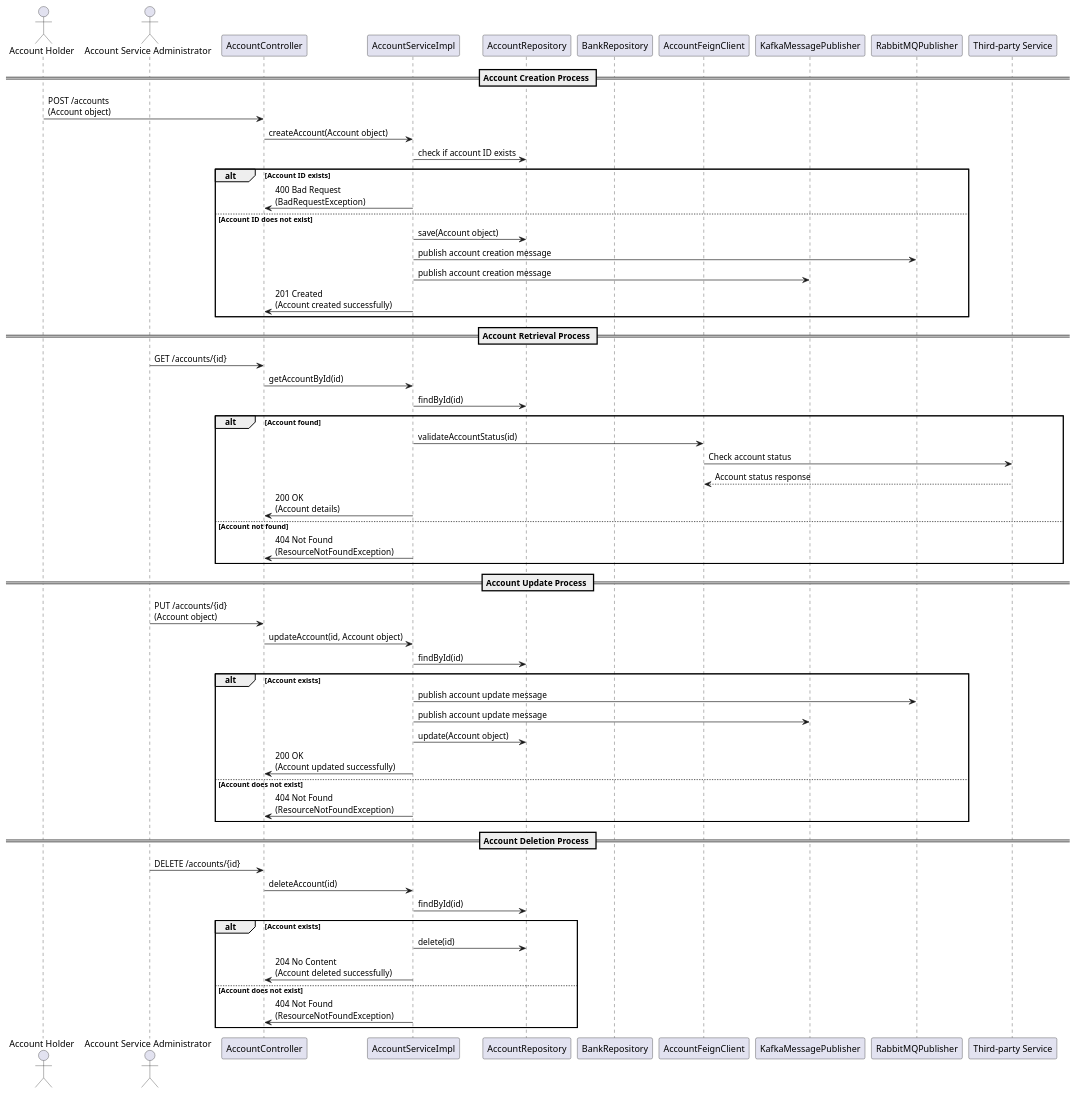
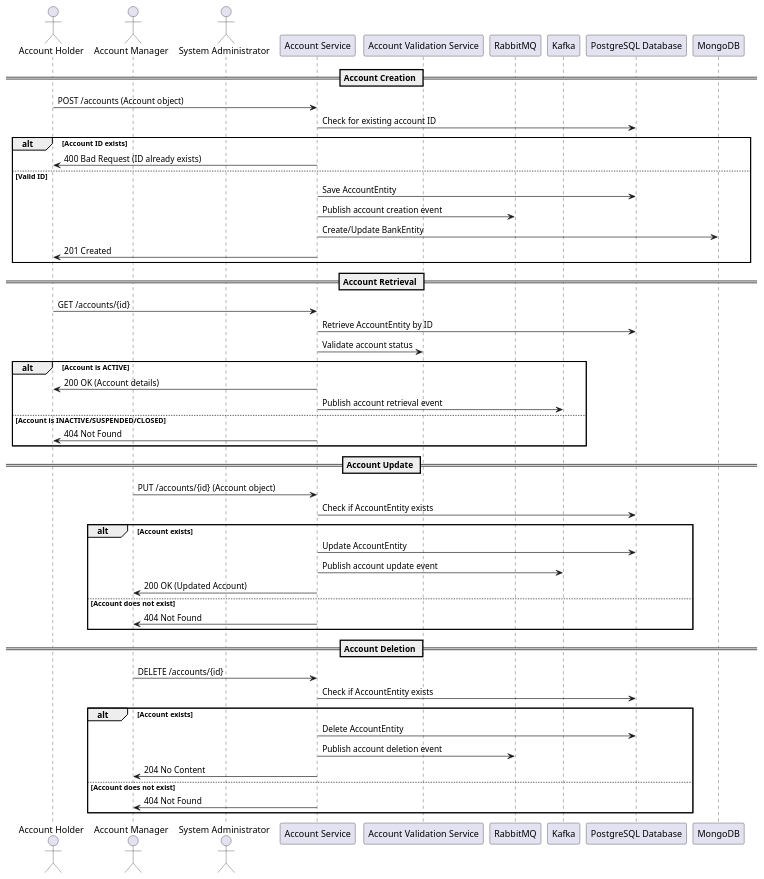
One commit to Bhaskar-Pavan/AccountService changed the diagram in design_document/Account_service_demo.md. Above: the diagram before and after it, drawn with PlantUML. The commit also changed other lines of this file, not shown here.

````diff
--- a/design_document/Account_service_demo.md
+++ b/design_document/Account_service_demo.md
@@ -40,66 +37,59 @@
 ```plantuml
 @startuml
+actor "Account Holder" as AH
+actor "Account Manager" as AM
+actor "System Administrator" as SA
+participant "Account Service" as AS
+participant "Account Validation Service" as AVS
+participant "RabbitMQ" as RMQ
+participant "Kafka" as KAFKA
+participant "PostgreSQL Database" as PG
+participant "MongoDB" as MG
 
-actor "Account Holder" as AH
-actor "Account Service Administrator" as ASA
-participant "AccountController" as AC
-participant "AccountServiceImpl" as AS
-participant "AccountRepository" as AR
-participant "BankRepository" as BR
-participant "AccountFeignClient" as AFC
-participant "KafkaMessagePublisher" as KMP
-participant "RabbitMQPublisher" as RMP
-participant "Third-party Service" as TPS
-
-== Account Creation Process ==
-AH -> AC : POST /accounts \n(Account object)
-AC -> AS : createAccount(Account object)
-AS -> AR : check if account ID exists
+== Account Creation ==
+AH -> AS : POST /accounts (Account object)
+AS -> PG : Check for existing account ID
 alt Account ID exists
-    AS -> AC : 400 Bad Request \n(BadRequestException)
-else Account ID does not exist
-    AS -> AR : save(Account object)
-    AS -> RMP : publish account creation message
-    AS -> KMP : publish account creation message
-    AS -> AC : 201 Created \n(Account created successfully)
+    AS -> AH : 400 Bad Request (ID already exists)
+else Valid ID
+    AS -> PG : Save AccountEntity
+    AS -> RMQ : Publish account creation event
+    AS -> MG : Create/Update BankEntity
+    AS -> AH : 201 Created
 end
 
-== Account Retrieval Process ==
-ASA -> AC : GET /accounts/{id}
-AC -> AS : getAccountById(id)
-AS -> AR : findById(id)
-alt Account found
-    AS -> AFC : validateAccountStatus(id)
-    AFC -> TPS : Check account status
-    TPS --> AFC : Account status response
-    AS -> AC : 200 OK \n(Account details)
-else Account not found
-    AS -> AC : 404 Not Found \n(ResourceNotFoundException)
+== Account Retrieval ==
+AH -> AS : GET /accounts/{id}
+AS -> PG : Retrieve AccountEntity by ID
+AS -> AVS : Validate account status
+alt Account is ACTIVE
+    AS -> AH : 200 OK (Account details)
+    AS -> KAFKA : Publish account retrieval event
+else Account is INACTIVE/SUSPENDED/CLOSED
+    AS -> AH : 404 Not Found
 end
 
-== Account Update Process ==
-ASA -> AC : PUT /accounts/{id} \n(Account object)
-AC -> AS : updateAccount(id, Account object)
-AS -> AR : findById(id)
+== Account Update ==
+AM -> AS : PUT /accounts/{id} (Account object)
+AS -> PG : Check if AccountEntity exists
 alt Account exists
-    AS -> RMP : publish account update message
-    AS -> KMP : publish account update message
-    AS -> AR : update(Account object)
-    AS -> AC : 200 OK \n(Account updated successfully)
+    AS -> PG : Update AccountEntity
+    AS -> KAFKA : Publish account update event
+    AS -> AM : 200 OK (Updated Account)
 else Account does not exist
-    AS -> AC : 404 Not Found \n(ResourceNotFoundException)
+    AS -> AM : 404 Not Found
 end
 
-== Account Deletion Process ==
-ASA -> AC : DELETE /accounts/{id}
-AC -> AS : deleteAccount(id)
-AS -> AR : findById(id)
+== Account Deletion ==
+AM -> AS : DELETE /accounts/{id}
+AS -> PG : Check if AccountEntity exists
 alt Account exists
-    AS -> AR : delete(id)
-    AS -> AC : 204 No Content \n(Account deleted successfully)
+    AS -> PG : Delete AccountEntity
+    AS -> RMQ : Publish account deletion event
+    AS -> AM : 204 No Content
 else Account does not exist
-    AS -> AC : 404 Not Found \n(ResourceNotFoundException)
+    AS -> AM : 404 Not Found
 end
 
 @enduml
 ```
````
